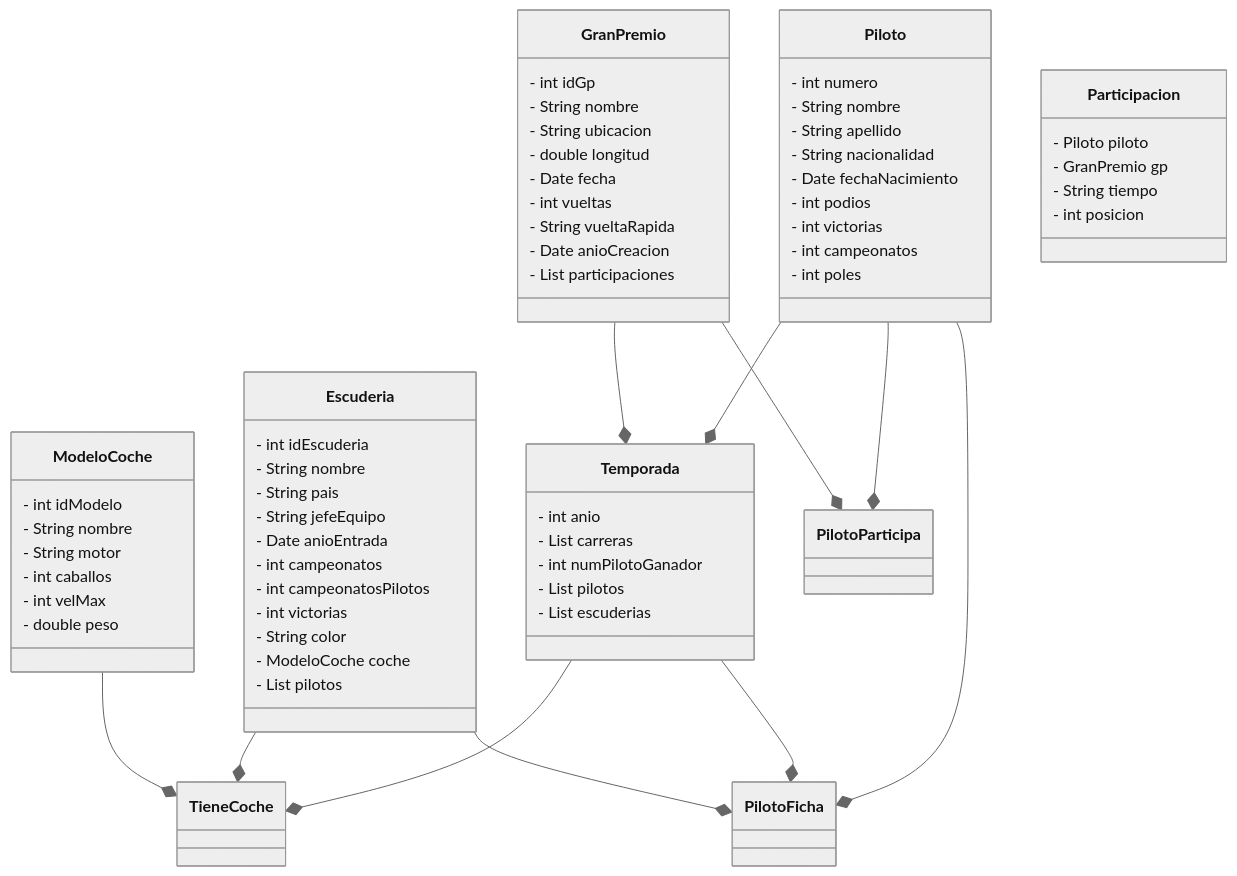
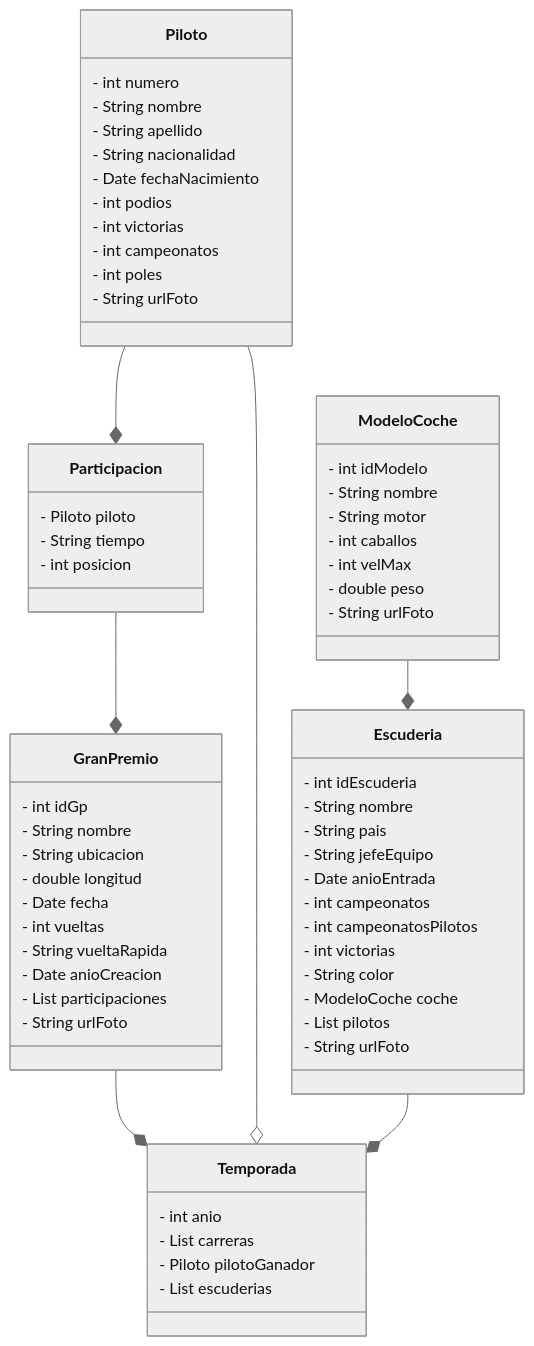
One commit to 1l0h/f1 changed the diagram in disenio/diagramaClases.md. Above: the diagram before and after it, drawn with Mermaid (neutral theme).

Commit message:
diagrama de clases finiquitado

````diff
--- a/disenio/diagramaClases.md
+++ b/disenio/diagramaClases.md
@@ -1,73 +1,71 @@
 ```mermaid
 classDiagram
     class Piloto{
         - int numero
         - String nombre
         - String apellido
         - String nacionalidad
         - Date fechaNacimiento
         - int podios
         - int victorias
         - int campeonatos
         - int poles
+        - String urlFoto
     }
     class ModeloCoche{
         - int idModelo
         - String nombre
         - String motor
         - int caballos
         - int velMax
         - double peso
+        - String urlFoto
     }
     class Escuderia{
         - int idEscuderia
         - String nombre
         - String pais
         - String jefeEquipo
         - Date anioEntrada
         - int campeonatos
         - int campeonatosPilotos
         - int victorias
         - String color
         - ModeloCoche coche
         - List<Piloto> pilotos
+        - String urlFoto
     }
     class GranPremio{
         - int idGp
         - String nombre
         - String ubicacion
         - double longitud
         - Date fecha
         - int vueltas
         - String vueltaRapida
         - Date anioCreacion
         - List<Participacion> participaciones
+        - String urlFoto
     }
     class Participacion{
         - Piloto piloto
-        - GranPremio gp
         - String tiempo
         - int posicion
     }
     class Temporada{
         - int anio
         - List<GranPremio> carreras
-        - int numPilotoGanador
-        - List<Piloto> pilotos
+        - Piloto pilotoGanador
         - List<Escuderia> escuderias
     }
 
-    Piloto --* PilotoFicha
-    Escuderia --* PilotoFicha
-    Temporada --* PilotoFicha
+    GranPremio --* Temporada
+    Piloto --o Temporada
+    Escuderia --* Temporada
 
-    Piloto --* PilotoParticipa
-    GranPremio --* PilotoParticipa
+    Piloto --* Participacion
 
-    GranPremio --* Temporada
-    Piloto --* Temporada
+    Participacion --* GranPremio
 
-    ModeloCoche --* TieneCoche
-    Escuderia --* TieneCoche
-    Temporada --* TieneCoche
+    ModeloCoche --* Escuderia
 ```
````
